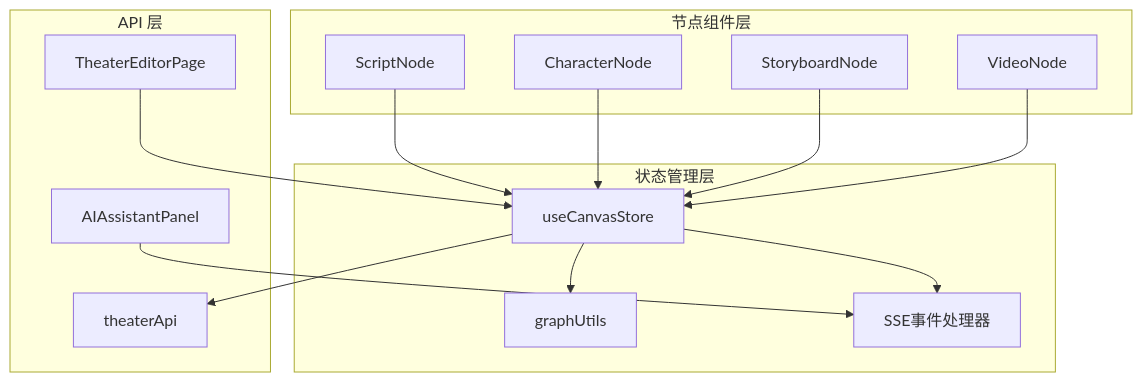
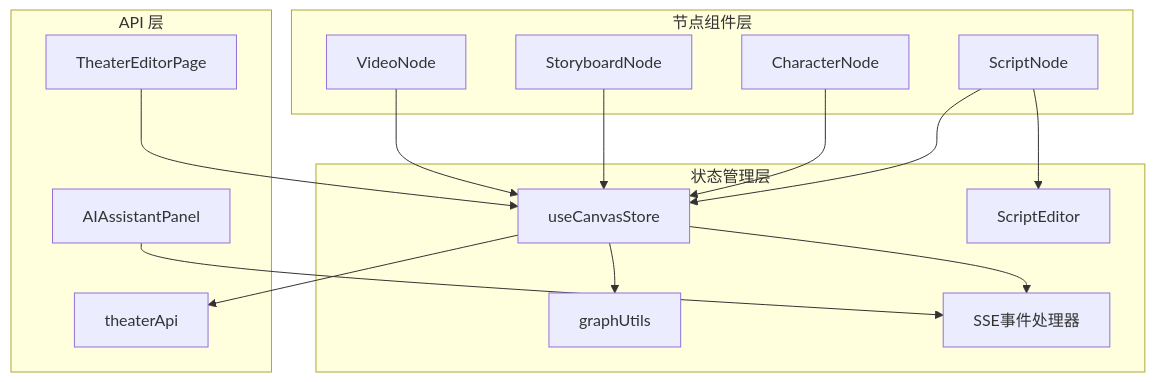
One commit to KunLabAI/KunFlix changed the fifth of 7 diagrams in .qoder/repowiki/zh/content/后端开发指南/画布工具服务.md. Above: the diagram before and after it, drawn with Mermaid. The commit also changed other lines of this file and 12 other files, not shown here.

````diff
--- a/.qoder/repowiki/zh/content/后端开发指南/画布工具服务.md
+++ b/.qoder/repowiki/zh/content/后端开发指南/画布工具服务.md
@@ -283,28 +307,30 @@
 ```mermaid
 graph TB
 subgraph "节点组件层"
 ScriptNode[ScriptNode]
 CharacterNode[CharacterNode]
 StoryboardNode[StoryboardNode]
 VideoNode[VideoNode]
 end
 subgraph "状态管理层"
 CanvasStore[useCanvasStore]
 GraphUtils[graphUtils]
 SSEHandler[SSE事件处理器]
+Editor[ScriptEditor]
 end
 subgraph "API 层"
 TheaterApi[theaterApi]
 Page[TheaterEditorPage]
 AssistantPanel[AIAssistantPanel]
 end
 ScriptNode --> CanvasStore
 CharacterNode --> CanvasStore
 StoryboardNode --> CanvasStore
 VideoNode --> CanvasStore
 CanvasStore --> GraphUtils
 CanvasStore --> TheaterApi
 CanvasStore --> SSEHandler
 AssistantPanel --> SSEHandler
 Page --> CanvasStore
+ScriptNode --> Editor
 ```
````
